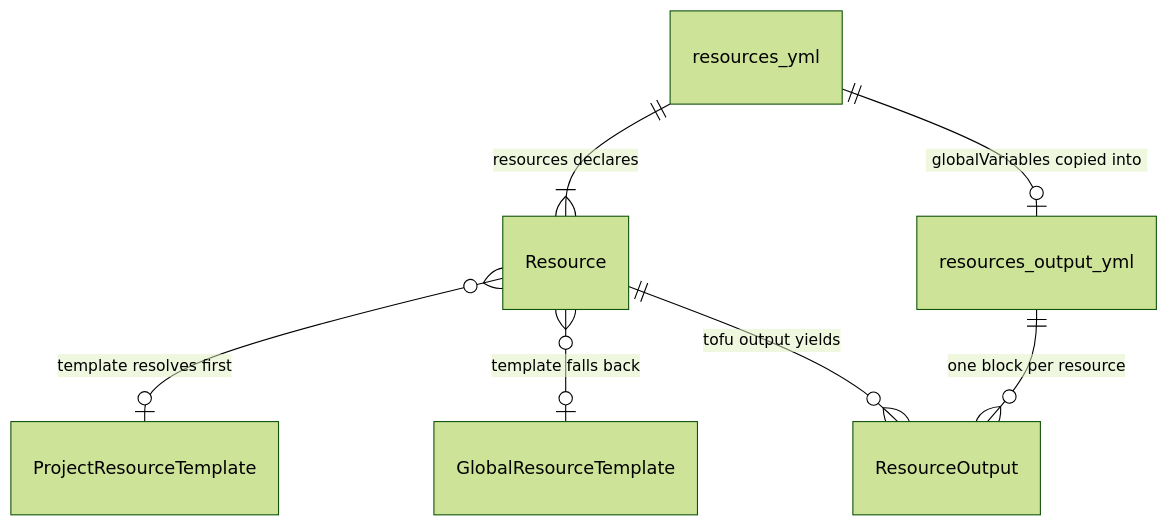
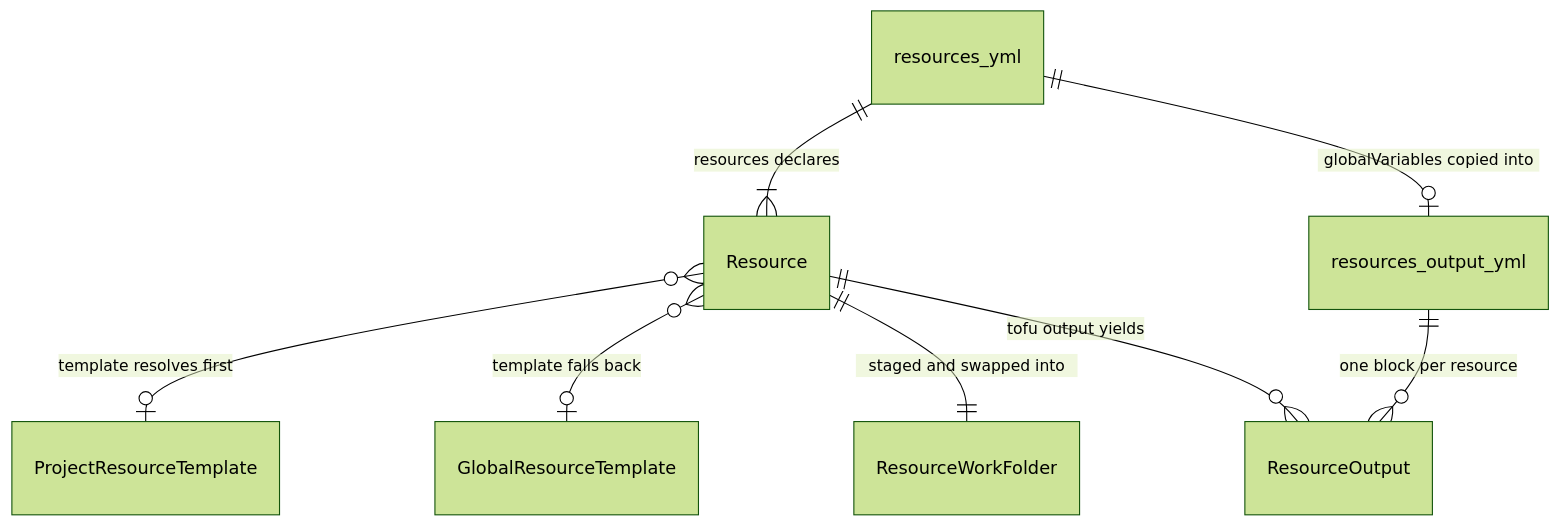
Before and after one commit to alissonsol/yuruna: the second of 14 diagrams in docs/design/05-data-model.md, drawn with Mermaid (forest theme). The commit also changed other lines of this file and 752 other files, not shown here.

````diff
--- a/docs/design/05-data-model.md
+++ b/docs/design/05-data-model.md
@@ -88,9 +124,10 @@
 ```mermaid
 erDiagram
     resources_yml ||--|{ Resource : "resources declares"
     Resource }o--o| ProjectResourceTemplate : "template resolves first"
     Resource }o--o| GlobalResourceTemplate : "template falls back"
+    Resource ||--|| ResourceWorkFolder : "staged and swapped into"
     Resource ||--o{ ResourceOutput : "tofu output yields"
     resources_output_yml ||--o{ ResourceOutput : "one block per resource"
     resources_yml ||--o| resources_output_yml : "globalVariables copied into"
 ```
````
